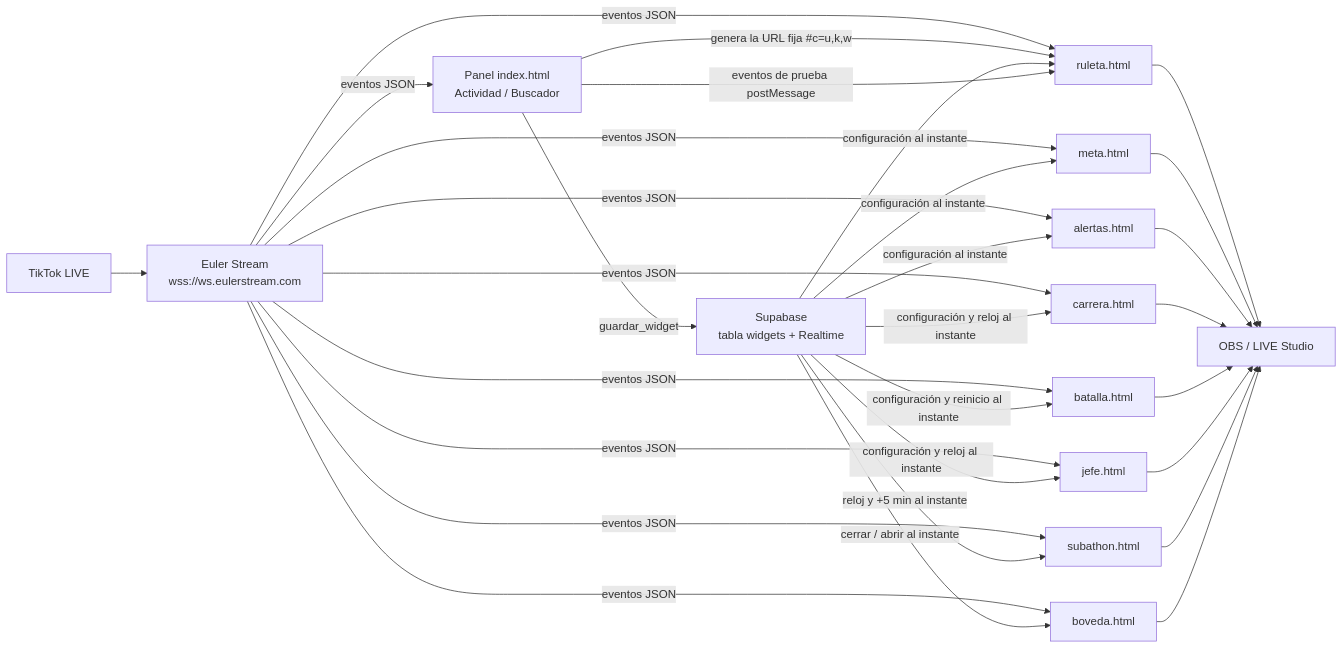
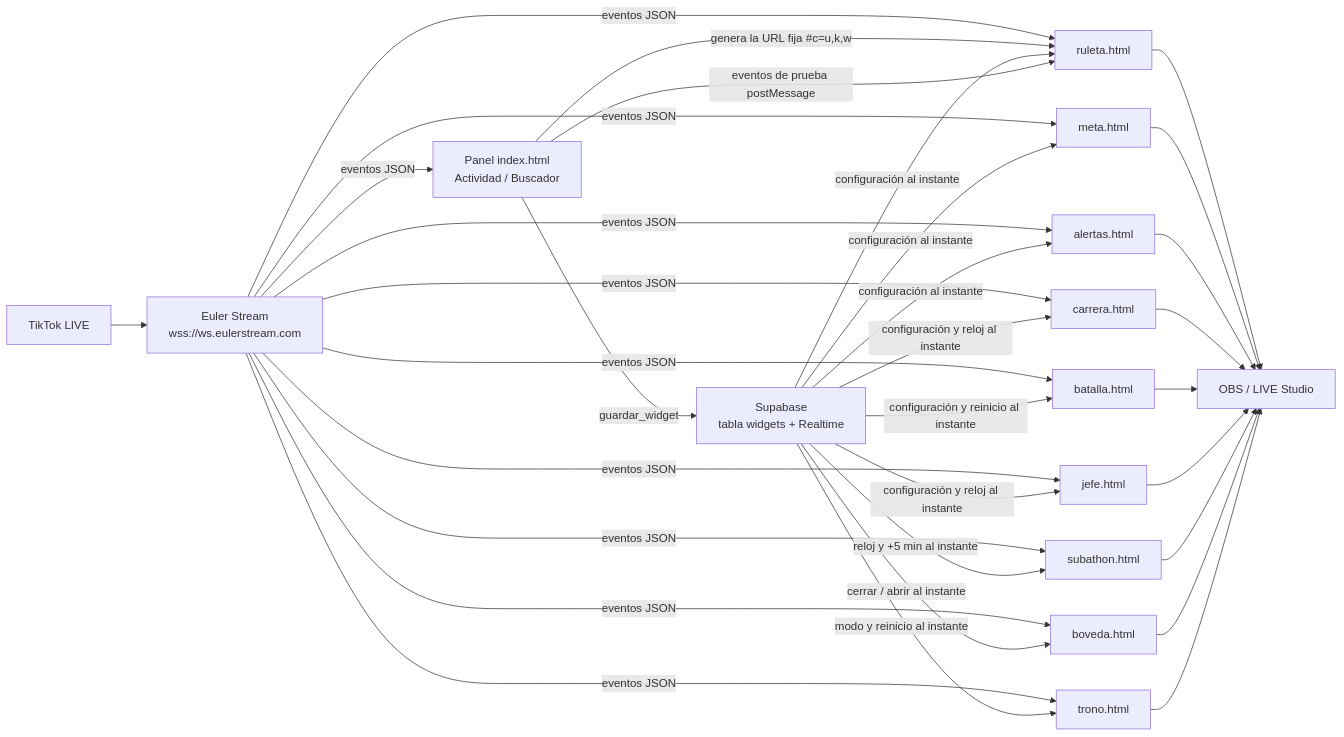
Before and after one commit to ardiladev/live-tools: the first of 2 diagrams in README.md, drawn with Mermaid. The commit also changed other lines of this file and 6 other files, not shown here.

````diff
--- a/README.md
+++ b/README.md
@@ -121,32 +122,35 @@
 ```mermaid
 flowchart LR
   TT[TikTok LIVE] --> EU[Euler Stream<br/>wss://ws.eulerstream.com]
   EU -->|eventos JSON| W1[ruleta.html]
   EU -->|eventos JSON| W2[meta.html]
   EU -->|eventos JSON| W3[alertas.html]
   EU -->|eventos JSON| W4[carrera.html]
   EU -->|eventos JSON| W5[batalla.html]
   EU -->|eventos JSON| W6[jefe.html]
   EU -->|eventos JSON| W7[subathon.html]
   EU -->|eventos JSON| W8[boveda.html]
+  EU -->|eventos JSON| W9[trono.html]
   EU -->|eventos JSON| P[Panel index.html<br/>Actividad / Buscador]
   P -->|genera la URL fija #c=u,k,w| W1
   P -->|guardar_widget| SB[Supabase<br/>tabla widgets + Realtime]
   SB -->|configuración al instante| W1
   SB -->|configuración al instante| W2
   SB -->|configuración al instante| W3
   SB -->|configuración y reloj al instante| W4
   SB -->|configuración y reinicio al instante| W5
   SB -->|configuración y reloj al instante| W6
   SB -->|reloj y +5 min al instante| W7
   SB -->|cerrar / abrir al instante| W8
+  SB -->|modo y reinicio al instante| W9
   P -->|eventos de prueba postMessage| W1
   W1 --> OBS[OBS / LIVE Studio]
   W2 --> OBS
   W3 --> OBS
   W4 --> OBS
   W5 --> OBS
   W6 --> OBS
   W7 --> OBS
   W8 --> OBS
+  W9 --> OBS
 ```
````
